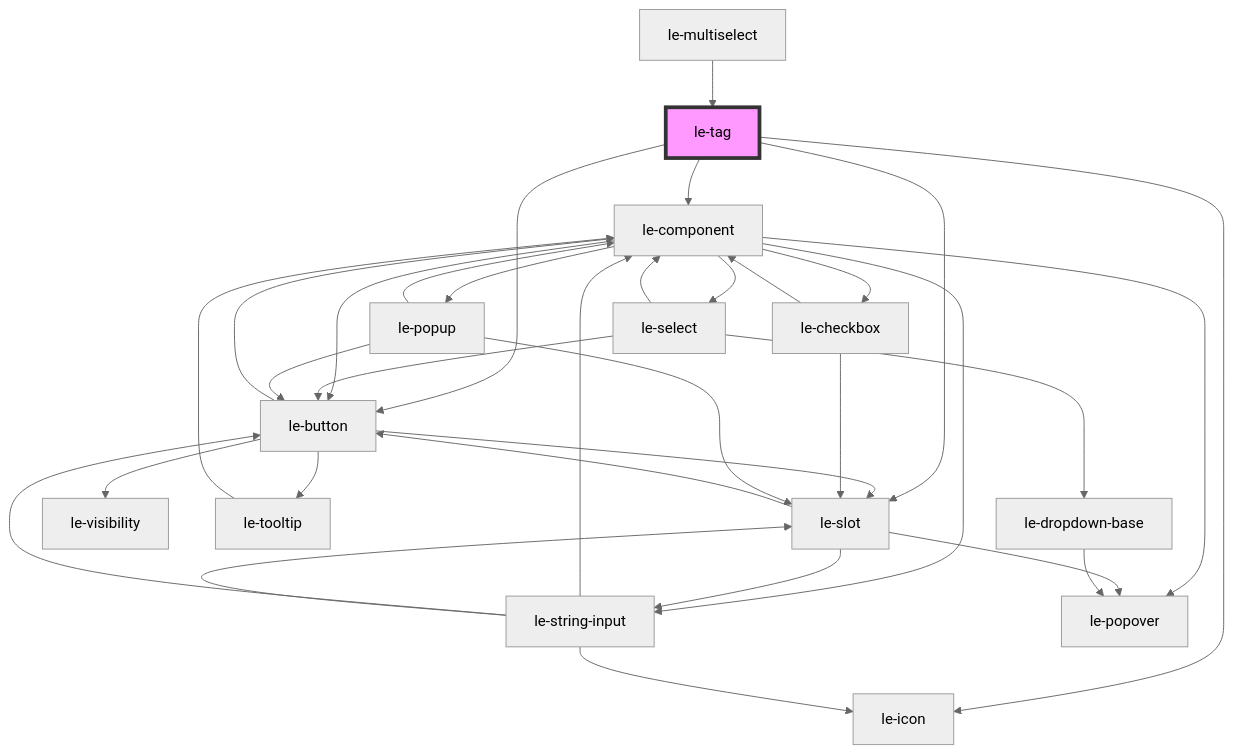
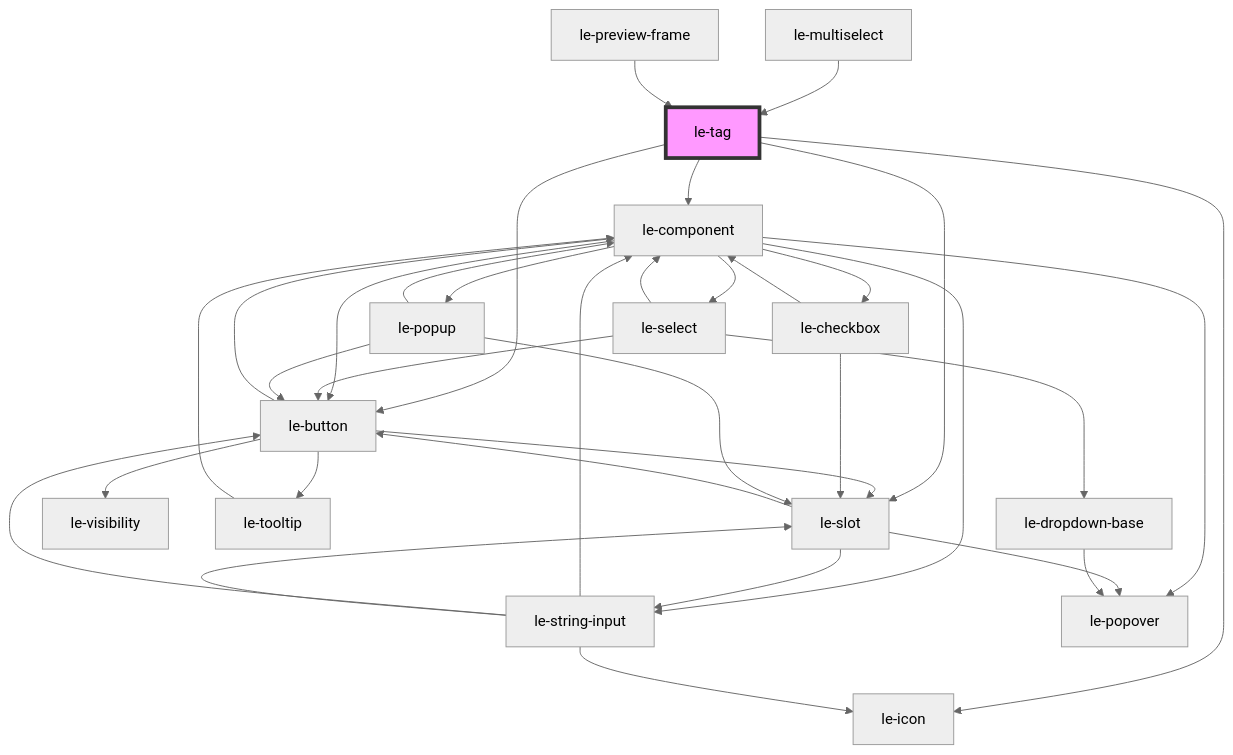
One commit to leechy/le-kit changed the diagram in packages/core/src/components/le-tag/readme.md. Above: the diagram before and after it, drawn with Mermaid (neutral theme). The commit also changed other lines of this file and 14 other files, not shown here.

````diff
--- a/packages/core/src/components/le-tag/readme.md
+++ b/packages/core/src/components/le-tag/readme.md
@@ -53,36 +54,37 @@
 ```mermaid
 graph TD;
   le-tag --> le-component
   le-tag --> le-slot
   le-tag --> le-button
   le-tag --> le-icon
   le-component --> le-button
   le-component --> le-select
   le-component --> le-checkbox
   le-component --> le-string-input
   le-component --> le-popover
   le-component --> le-popup
   le-button --> le-slot
   le-button --> le-visibility
   le-button --> le-component
   le-button --> le-tooltip
   le-slot --> le-popover
   le-slot --> le-button
   le-slot --> le-string-input
   le-string-input --> le-component
   le-string-input --> le-button
   le-string-input --> le-icon
   le-string-input --> le-slot
   le-tooltip --> le-component
   le-select --> le-component
   le-select --> le-dropdown-base
   le-select --> le-button
   le-dropdown-base --> le-popover
   le-checkbox --> le-component
   le-checkbox --> le-slot
   le-popup --> le-slot
   le-popup --> le-button
   le-popup --> le-component
   le-multiselect --> le-tag
+  le-preview-frame --> le-tag
   style le-tag fill:#f9f,stroke:#333,stroke-width:4px
 ```
````
